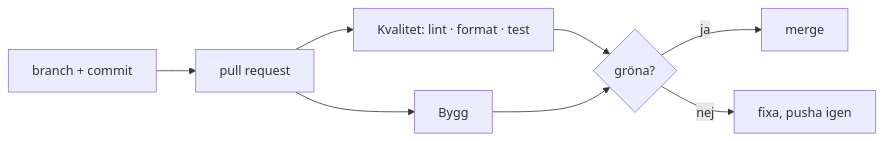
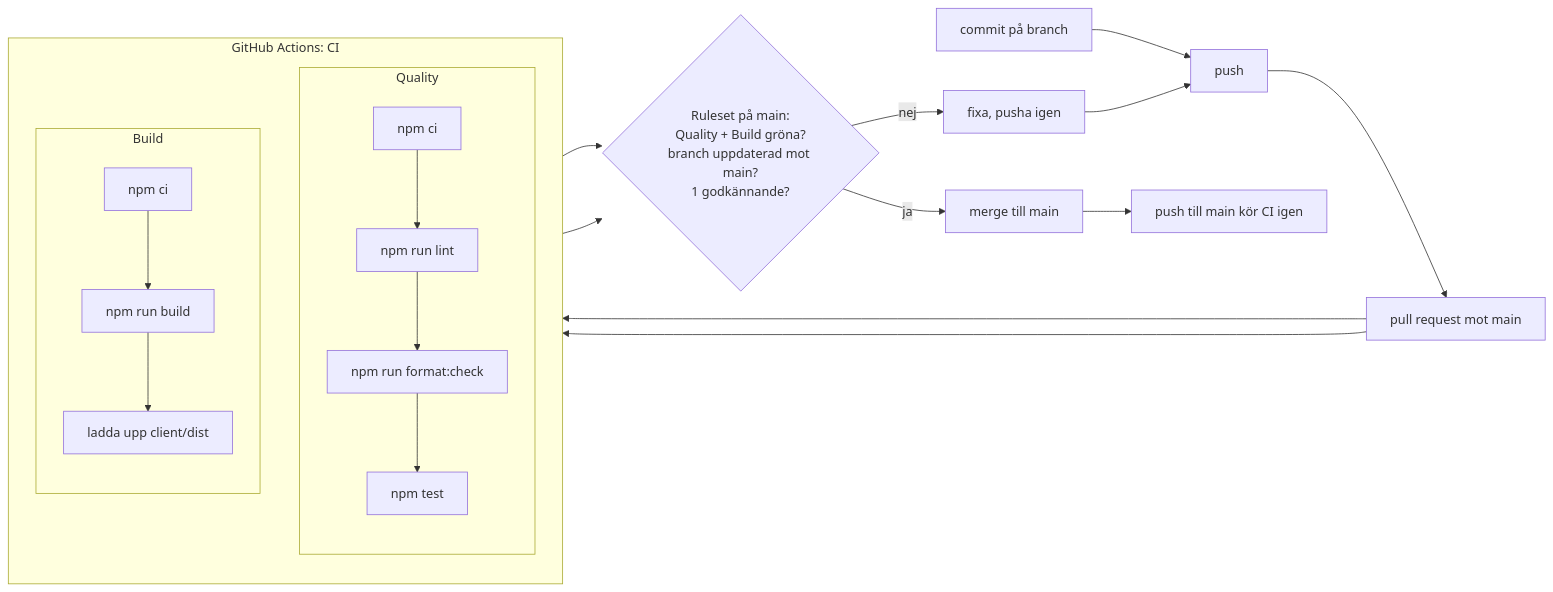
One commit to YoViking/utpost-fork changed the diagram in docs/pipeline.md. Above: the diagram before and after it, drawn with Mermaid.

Commit message:
docs: adjust mermaid diagram to match our setup

````diff
--- a/docs/pipeline.md
+++ b/docs/pipeline.md
@@ -4,10 +4,25 @@
 ```mermaid
 flowchart LR
-  B[branch + commit] --> PR[pull request]
-  PR --> Q[Kvalitet: lint · format · test]
-  PR --> BU[Bygg]
-  Q --> S{gröna?}
-  BU --> S
-  S -->|ja| M[merge]
-  S -->|nej| F[fixa, pusha igen]
+  B[commit på branch] --> P[push]
+  P --> PR[pull request mot main]
+
+  subgraph CI [GitHub Actions: CI]
+    direction TB
+    subgraph Q [Quality]
+      direction TB
+      Q1[npm ci] --> Q2[npm run lint] --> Q3[npm run format:check] --> Q4[npm test]
+    end
+    subgraph BU [Build]
+      direction TB
+      B1[npm ci] --> B2[npm run build] --> B3[ladda upp client/dist]
+    end
+  end
+
+  PR --> Q1
+  PR --> B1
+  Q4 --> S{Ruleset på main:<br/>Quality + Build gröna?<br/>branch uppdaterad mot main?<br/>1 godkännande?}
+  B3 --> S
+  S -->|nej| F[fixa, pusha igen] --> P
+  S -->|ja| M[merge till main]
+  M --> MAIN[push till main kör CI igen]
 ```
````
